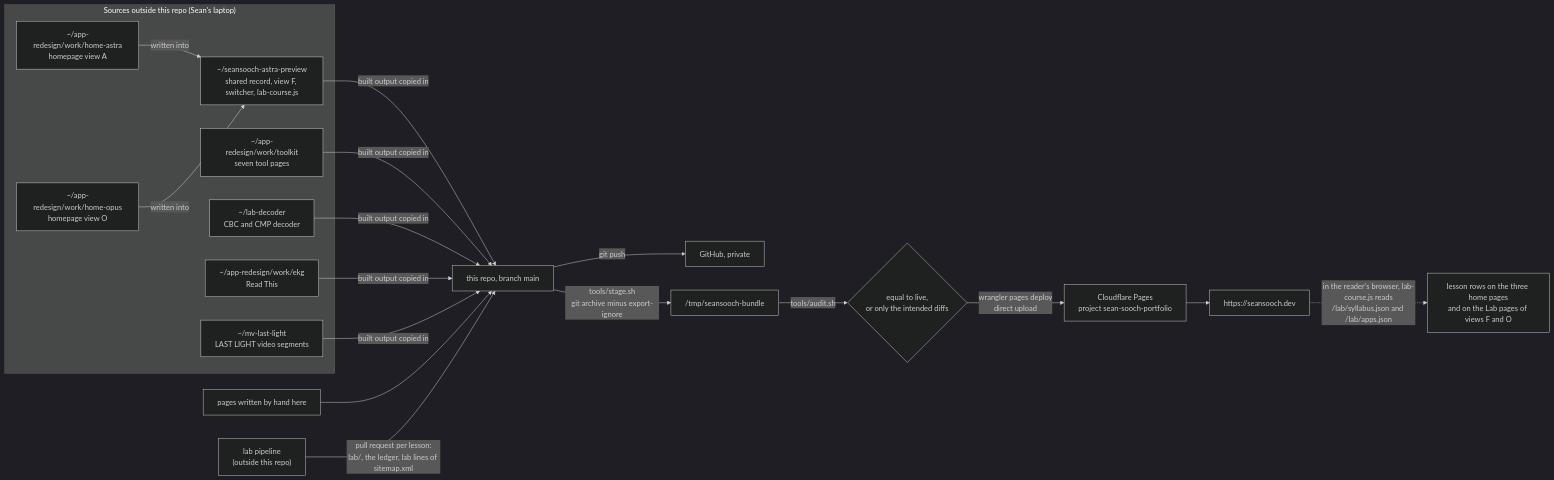
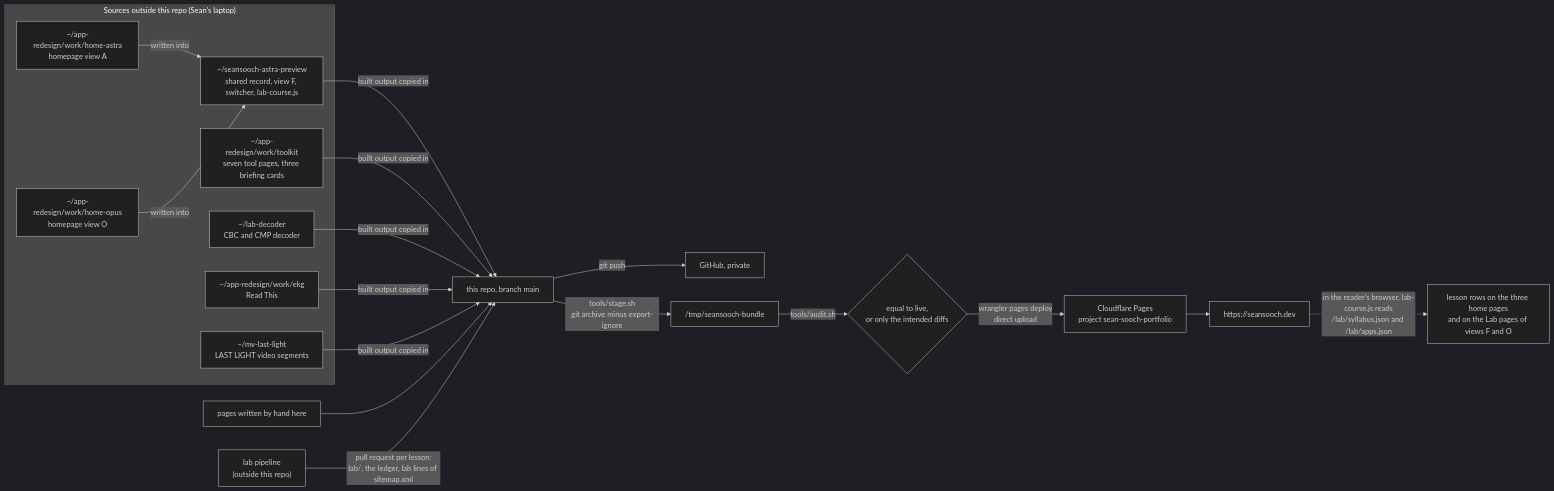
One commit to seansooch-byte/seansooch-byte.github.io changed the diagram in ARCHITECTURE.md. Above: the diagram before and after it, drawn with Mermaid (dark theme). The commit also changed other lines of this file and 8 other files, not shown here.

First line of the commit message:
toolkit: Force Multipliers, a third set on the ring with three briefing cards

````diff
--- a/ARCHITECTURE.md
+++ b/ARCHITECTURE.md
@@ -8,22 +8,22 @@
 ```mermaid
 flowchart LR
   subgraph Outside["Sources outside this repo (Sean's laptop)"]
     A["~/app-redesign/work/home-astra<br>homepage view A"]
     O["~/app-redesign/work/home-opus<br>homepage view O"]
     V["~/seansooch-astra-preview<br>shared record, view F, switcher, lab-course.js"]
-    T["~/app-redesign/work/toolkit<br>seven tool pages"]
+    T["~/app-redesign/work/toolkit<br>seven tool pages, three briefing cards"]
     L["~/lab-decoder<br>CBC and CMP decoder"]
     E["~/app-redesign/work/ekg<br>Read This"]
     M["~/mv-last-light<br>LAST LIGHT video segments"]
   end
   A & O -->|written into| V
   V & T & L & E & M -->|built output copied in| Repo["this repo, branch main"]
   Hand["pages written by hand here"] --> Repo
   Repo -->|git push| GH["GitHub, private"]
   Repo -->|"tools/stage.sh<br>git archive minus export-ignore"| Bundle["/tmp/seansooch-bundle"]
   Bundle -->|tools/audit.sh| Check{"equal to live,<br>or only the intended diffs"}
   Check -->|"wrangler pages deploy<br>direct upload"| CF["Cloudflare Pages<br>project sean-sooch-portfolio"]
   CF --> Live["https://seansooch.dev"]
   Pipe["lab pipeline<br>(outside this repo)"] -->|"pull request per lesson:<br>lab/, the ledger, lab lines of sitemap.xml"| Repo
   Live -.->|"in the reader's browser, lab-course.js reads<br>/lab/syllabus.json and /lab/apps.json"| Rows["lesson rows on the three home pages<br>and on the Lab pages of views F and O"]
 ```
````
